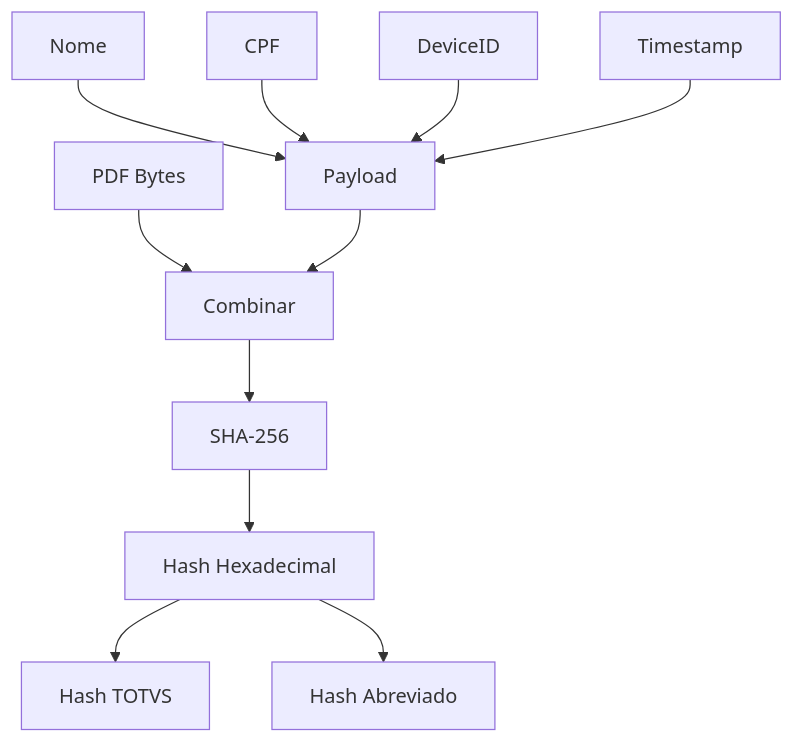
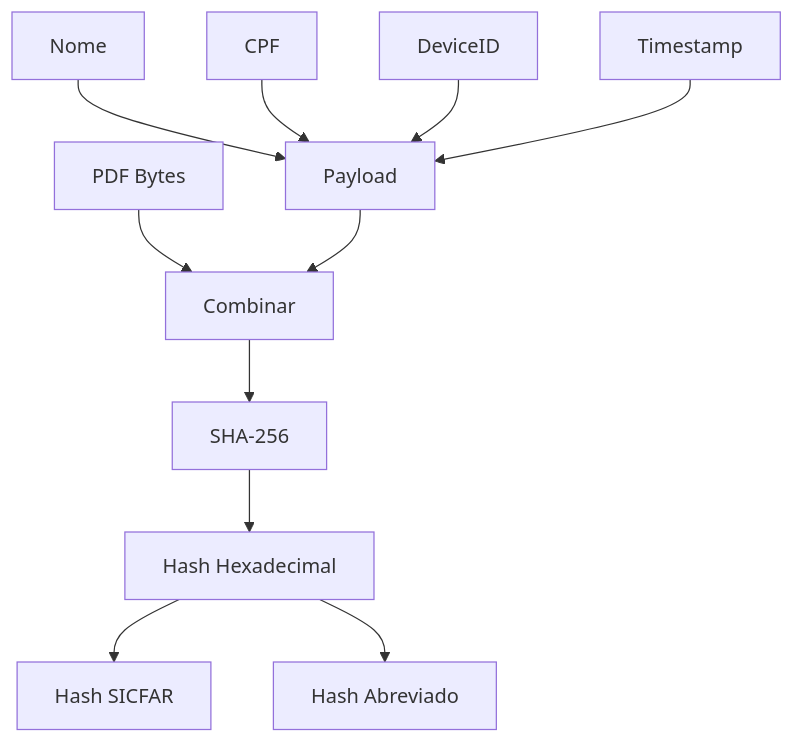
The diagram in docs/HASH_SYSTEM.md (emanuelsc3s/assinatura-eletronica), drawn with Mermaid before and after one commit. The commit also changed other lines of this file and 5 other files, not shown here.

Commit message:
texto de TOTVS para SICFAR

````diff
--- a/docs/HASH_SYSTEM.md
+++ b/docs/HASH_SYSTEM.md
@@ -208,13 +208,13 @@
 ```mermaid
 graph TD
     A[PDF Bytes] --> D[Combinar]
     B[Nome] --> C[Payload]
     B2[CPF] --> C
     B3[DeviceID] --> C
     B4[Timestamp] --> C
     C --> D
     D --> E[SHA-256]
     E --> F[Hash Hexadecimal]
-    F --> G[Hash TOTVS]
+    F --> G[Hash SICFAR]
     F --> H[Hash Abreviado]
 ```
````
